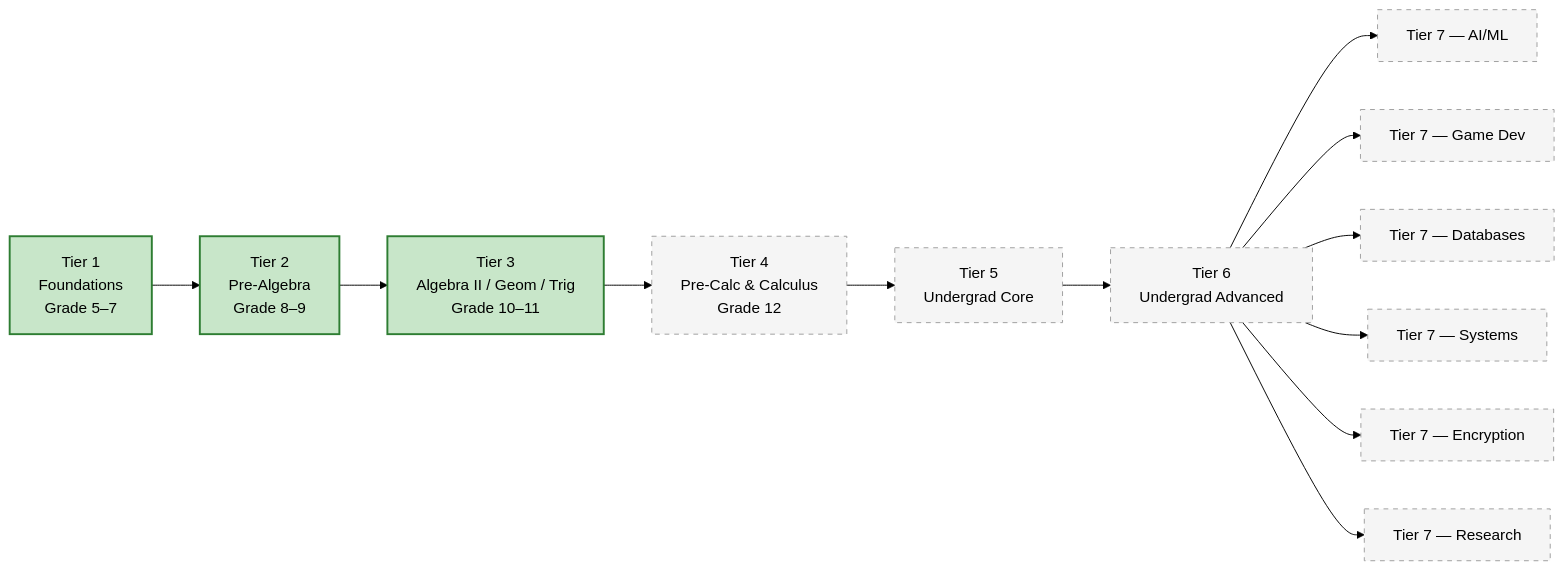
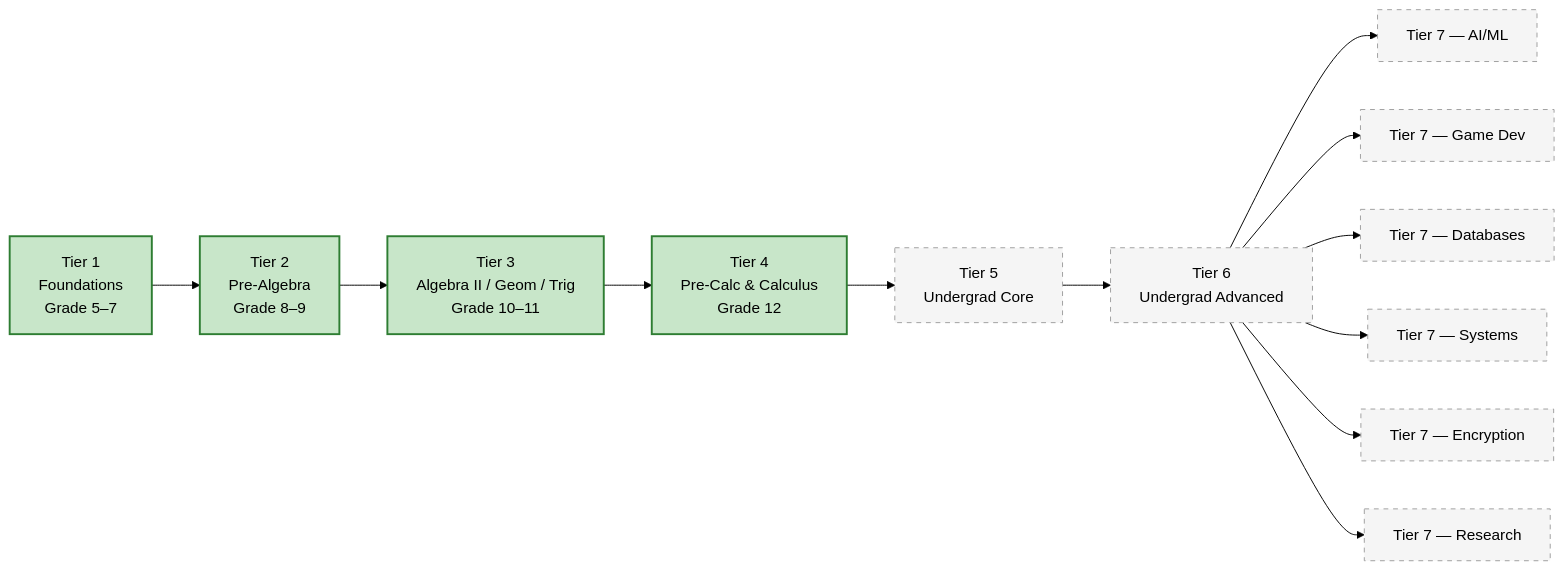
One commit to rajeshpillai/applied-maths changed the diagram in index.qmd. Above: the diagram before and after it, drawn with Mermaid (forest theme). The commit also changed other lines of this file and 4 other files, not shown here.

````diff
--- a/index.qmd
+++ b/index.qmd
@@ -77,19 +77,19 @@
 ```{mermaid}
 flowchart LR
     T1["Tier 1<br/>Foundations<br/>Grade 5–7"] --> T2["Tier 2<br/>Pre-Algebra<br/>Grade 8–9"]
     T2 --> T3["Tier 3<br/>Algebra II / Geom / Trig<br/>Grade 10–11"]
     T3 --> T4["Tier 4<br/>Pre-Calc & Calculus<br/>Grade 12"]
     T4 --> T5["Tier 5<br/>Undergrad Core"]
     T5 --> T6["Tier 6<br/>Undergrad Advanced"]
     T6 --> T7AI["Tier 7 — AI/ML"]
     T6 --> T7GD["Tier 7 — Game Dev"]
     T6 --> T7DB["Tier 7 — Databases"]
     T6 --> T7SY["Tier 7 — Systems"]
     T6 --> T7EN["Tier 7 — Encryption"]
     T6 --> T7RE["Tier 7 — Research"]
 
     classDef builtTier fill:#c8e6c9,stroke:#2e7d32,stroke-width:2px
     classDef plannedTier fill:#f5f5f5,stroke:#9e9e9e,stroke-dasharray: 5 5
-    class T1,T2,T3 builtTier
-    class T4,T5,T6,T7AI,T7GD,T7DB,T7SY,T7EN,T7RE plannedTier
+    class T1,T2,T3,T4 builtTier
+    class T5,T6,T7AI,T7GD,T7DB,T7SY,T7EN,T7RE plannedTier
 ```
````
